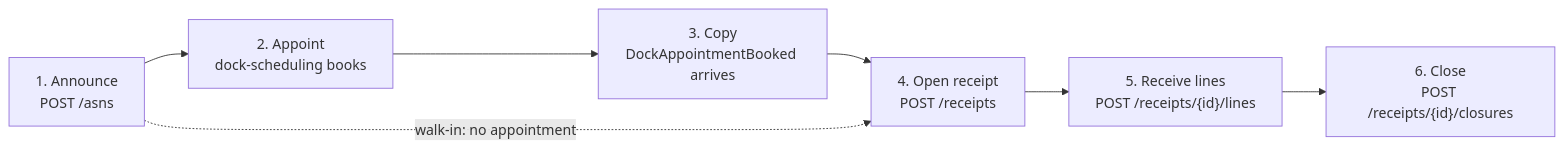
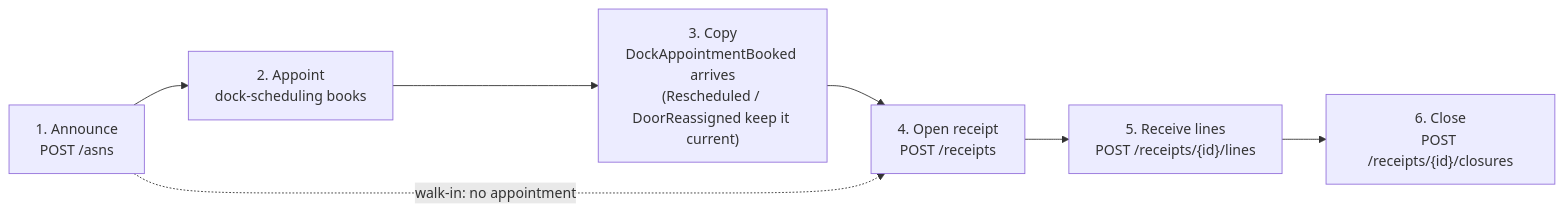
The diagram in docs/docs/overview/receiving-workflow.md (IQVO/inbound-receiving), drawn with Mermaid before and after one commit. The commit also changed other lines of this file and 9 other files, not shown here.

First line of the commit message:
docs: ADR 0020, consumed contracts and docs for the appointment copy following reschedules and door reassignments

````diff
--- a/docs/docs/overview/receiving-workflow.md
+++ b/docs/docs/overview/receiving-workflow.md
@@ -13,9 +13,9 @@
 ```mermaid
 flowchart LR
   A["1. Announce<br/>POST /asns"] --> B["2. Appoint<br/>dock-scheduling books"]
-  B --> C["3. Copy<br/>DockAppointmentBooked arrives"]
+  B --> C["3. Copy<br/>DockAppointmentBooked arrives<br/>(Rescheduled / DoorReassigned keep it current)"]
   C --> D["4. Open receipt<br/>POST /receipts"]
   D --> E["5. Receive lines<br/>POST /receipts/{id}/lines"]
   E --> F["6. Close<br/>POST /receipts/{id}/closures"]
   A -. "walk-in: no appointment" .-> D
 ```
````
